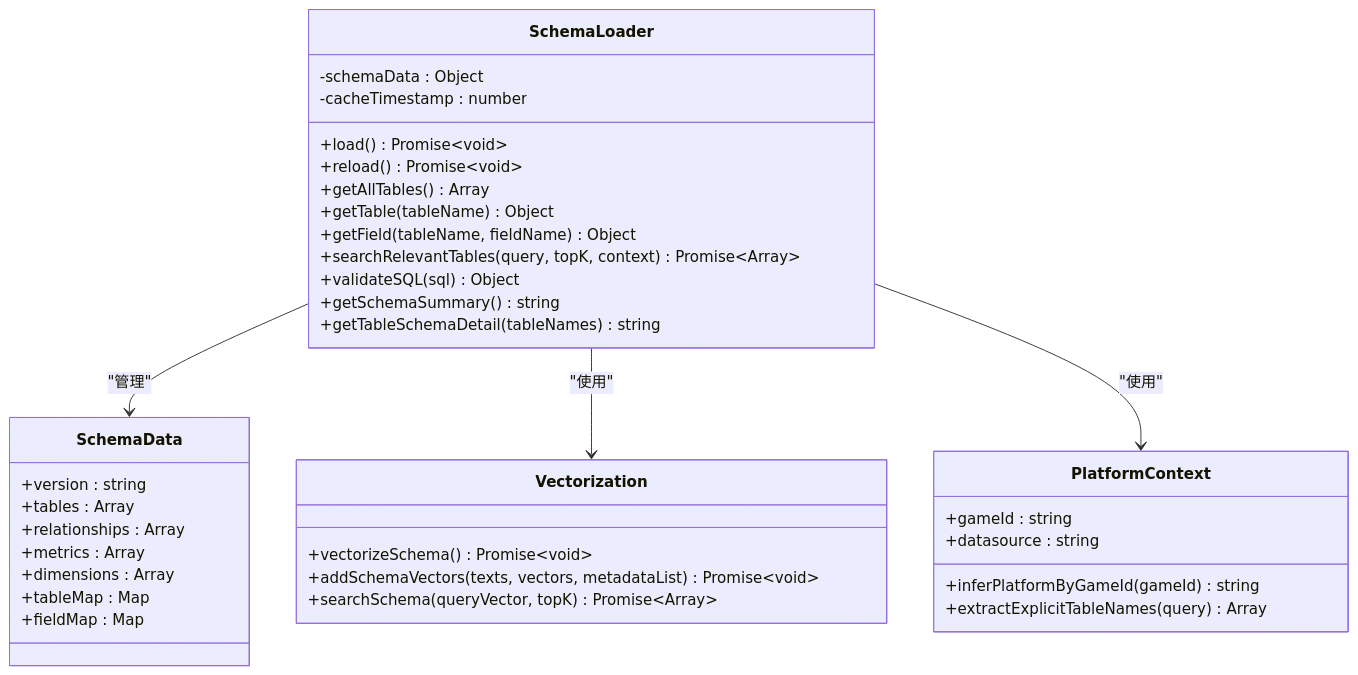
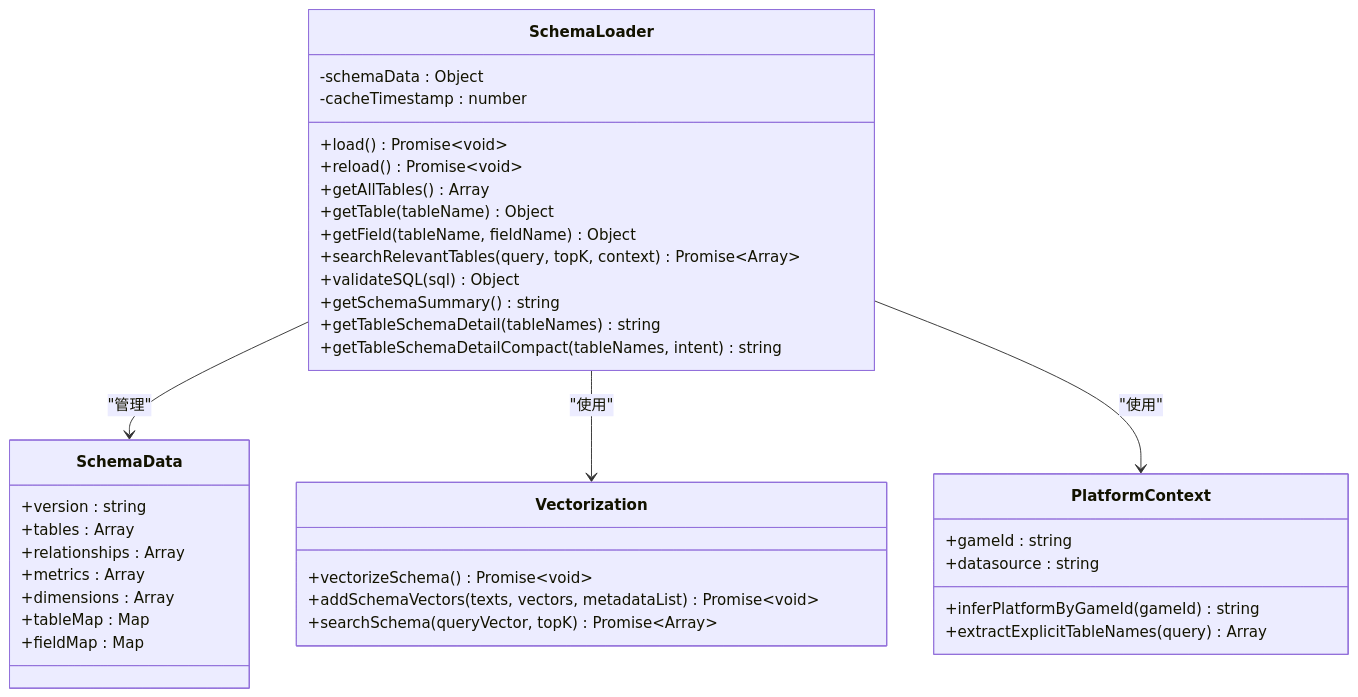
Before and after one commit to HanHuiOnLine/724-office: diagram 17 of 24 in .qoder/repowiki/zh/content/核心模块详解/NL2SQL自然语言到SQL系统/NL2SQL自然语言到SQL系统.md, drawn with Mermaid. The commit also changed other lines of this file and 15 other files, not shown here.

````diff
--- a/.qoder/repowiki/zh/content/核心模块详解/NL2SQL自然语言到SQL系统/NL2SQL自然语言到SQL系统.md
+++ b/.qoder/repowiki/zh/content/核心模块详解/NL2SQL自然语言到SQL系统/NL2SQL自然语言到SQL系统.md
@@ -734,39 +810,40 @@
 ```mermaid
 classDiagram
 class SchemaLoader {
 -schemaData : Object
 -cacheTimestamp : number
 +load() Promise~void~
 +reload() Promise~void~
 +getAllTables() Array
 +getTable(tableName) Object
 +getField(tableName, fieldName) Object
 +searchRelevantTables(query, topK, context) Promise~Array~
 +validateSQL(sql) Object
 +getSchemaSummary() string
 +getTableSchemaDetail(tableNames) string
++getTableSchemaDetailCompact(tableNames, intent) string
 }
 class SchemaData {
 +version : string
 +tables : Array
 +relationships : Array
 +metrics : Array
 +dimensions : Array
 +tableMap : Map
 +fieldMap : Map
 }
 class Vectorization {
 +vectorizeSchema() Promise~void~
 +addSchemaVectors(texts, vectors, metadataList) Promise~void~
 +searchSchema(queryVector, topK) Promise~Array~
 }
 class PlatformContext {
 +gameId : string
 +datasource : string
 +inferPlatformByGameId(gameId) string
 +extractExplicitTableNames(query) Array
 }
 SchemaLoader --> SchemaData : "管理"
 SchemaLoader --> Vectorization : "使用"
 SchemaLoader --> PlatformContext : "使用"
 ```
````
